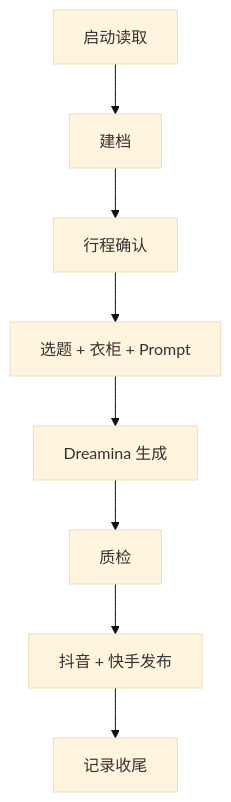
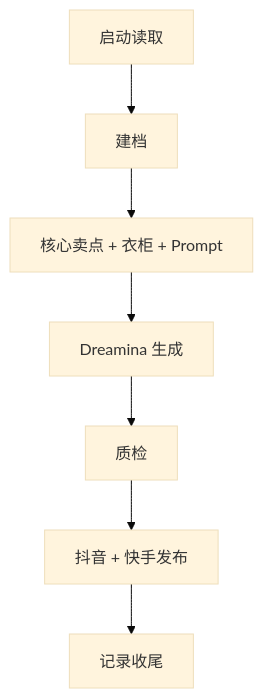
The diagram in README.md (xsddpx/dy), drawn with Mermaid (base theme) before and after one commit. The commit also changed 19 other files, not shown here.

````diff
--- a/README.md
+++ b/README.md
@@ -6,10 +6,9 @@
 ```mermaid
 flowchart TD
   A["启动读取"] --> B["建档"]
-  B --> C["行程确认"]
-  C --> D["选题 + 衣柜 + Prompt"]
-  D --> E["Dreamina 生成"]
-  E --> F["质检"]
-  F --> G["抖音 + 快手发布"]
-  G --> H["记录收尾"]
+  B --> C["核心卖点 + 衣柜 + Prompt"]
+  C --> D["Dreamina 生成"]
+  D --> E["质检"]
+  E --> F["抖音 + 快手发布"]
+  F --> G["记录收尾"]
 ```
````
